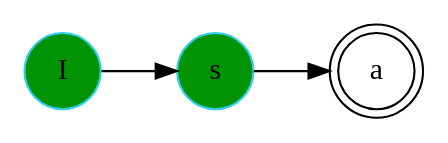
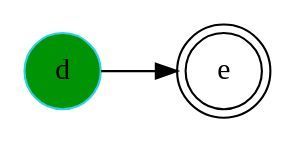
The diagram in Imagen_Analizador.dot (Javic4M/Lenguajes_2023), drawn with Graphviz before and after one commit. The commit also changed 30 other files, not shown here.

```diff
--- a/Imagen_Analizador.dot
+++ b/Imagen_Analizador.dot
@@ -1,10 +1,10 @@
 digraph G
 {
      node[shape = circle]
- a[shape = doublecircle]     node[style = filled]
+ e[shape = doublecircle]     node[style = filled]
      node[fillcolor = "#00933"]
      node[color = "#EEEEE"]
      node[color = "#31CEF0"]
-I->s->a
+d->e
 rankdir = LR;
 }
```
